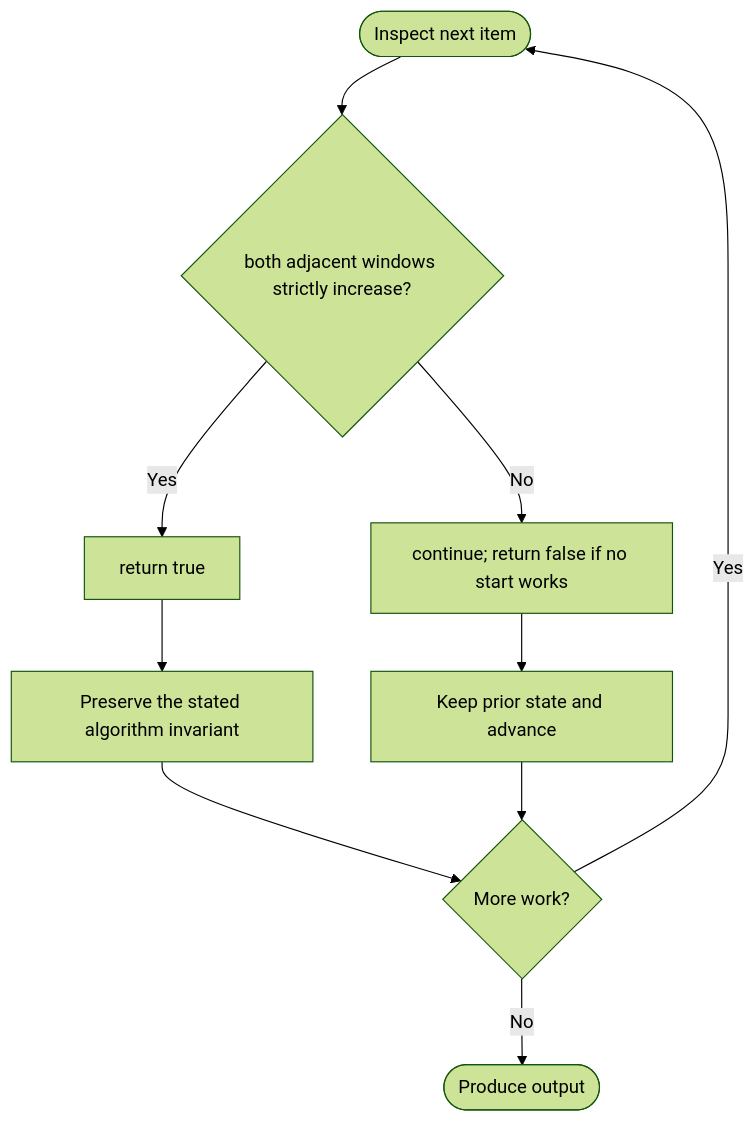
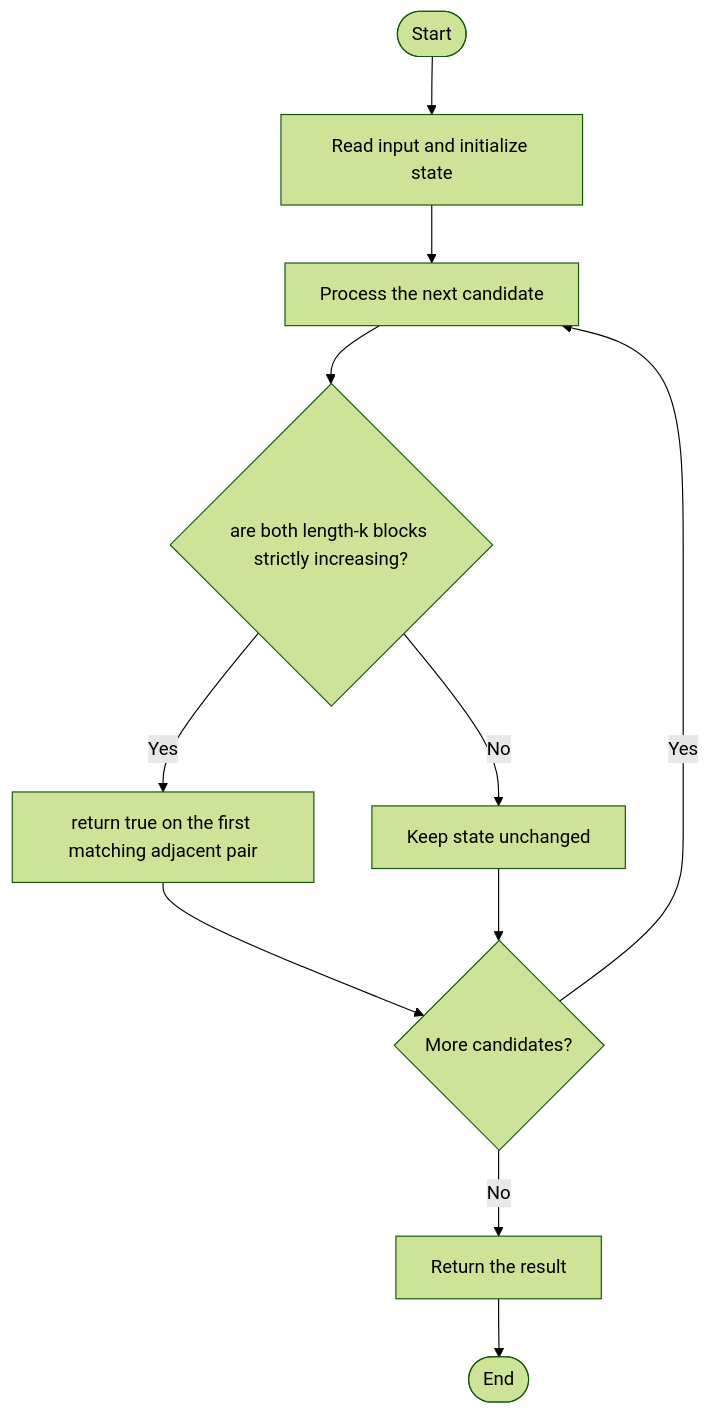
The diagram in LeetCode/3349/README.md (SAIDEEPBHANGE/C-CPP-Codes), drawn with Mermaid (forest theme) before and after one commit. The commit also changed other lines of this file and 196 other files, not shown here.

````diff
--- a/LeetCode/3349/README.md
+++ b/LeetCode/3349/README.md
@@ -28,12 +27,13 @@
 ```mermaid
 flowchart TD
-    A([Inspect next item]) --> B{both adjacent windows strictly increase?}
-    B -- Yes --> C[return true]
-    B -- No --> D[continue; return false if no start works]
-    C --> E[Preserve the stated algorithm invariant]
-    D --> F[Keep prior state and advance]
-    E --> G{More work?}
+    A([Start]) --> B[Read input and initialize state]
+    B --> C[Process the next candidate]
+    C --> D{are both length-k blocks strictly increasing?}
+    D -->|Yes| E[return true on the first matching adjacent pair]
+    D -->|No| F[Keep state unchanged]
+    E --> G{More candidates?}
     F --> G
-    G -- Yes --> A
-    G -- No --> H([Produce output])
+    G -->|Yes| C
+    G -->|No| H[Return the result]
+    H --> I([End])
 ```
````
